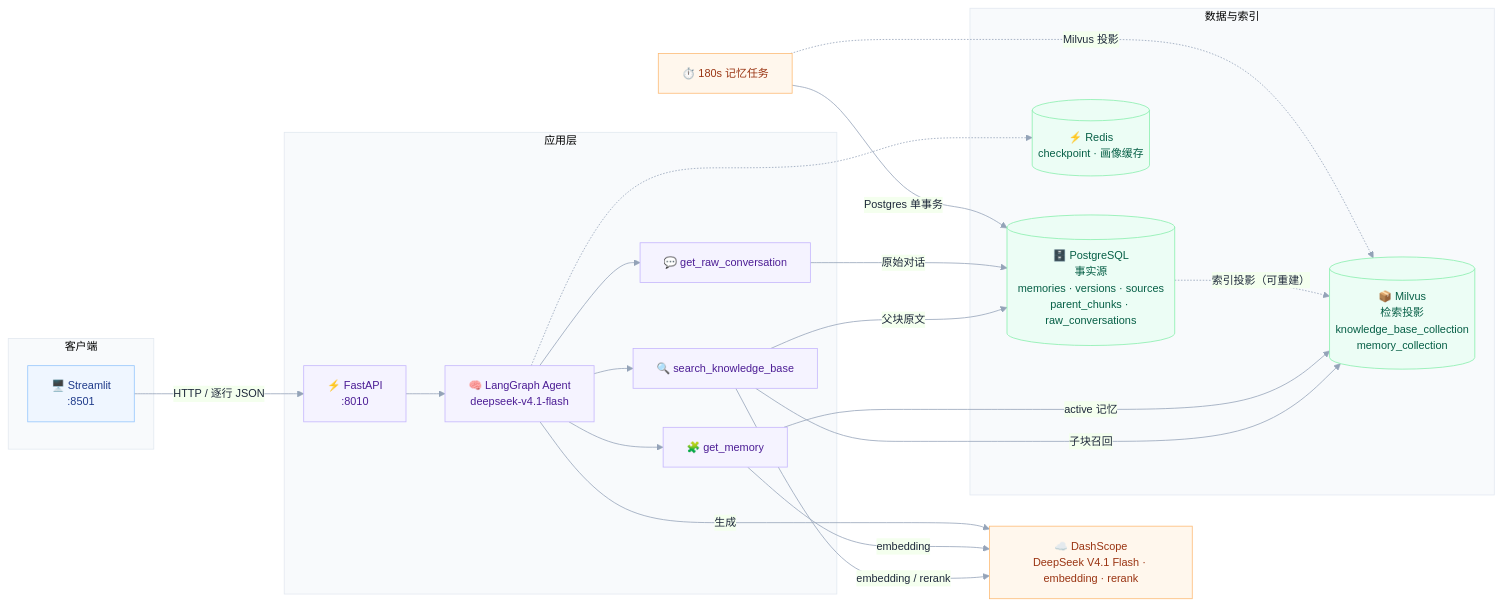
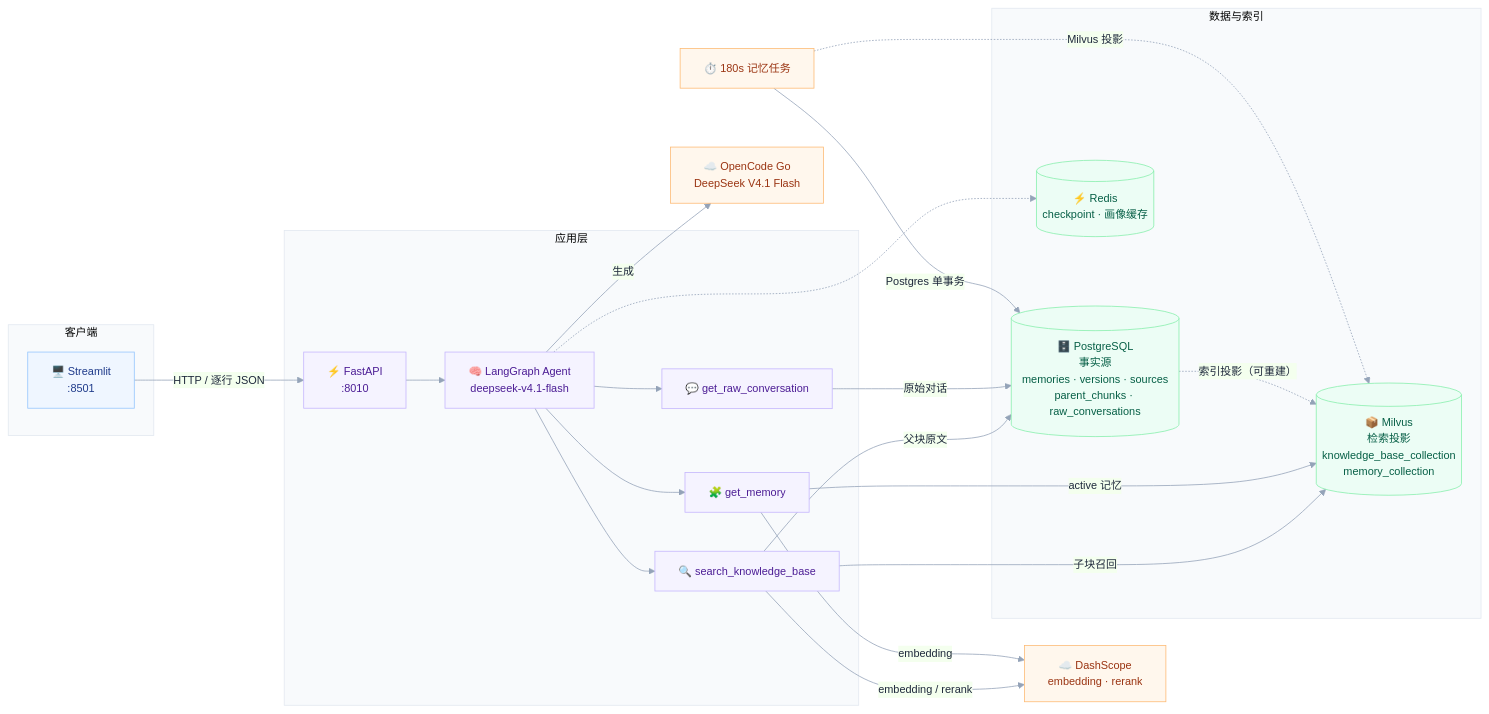
Before and after one commit to wh-violet667/Mnemo: the diagram in README.md, drawn with Mermaid. The commit also changed other lines of this file and 17 other files, not shown here.

````diff
--- a/README.md
+++ b/README.md
@@ -75,52 +77,53 @@
 ```mermaid
 %%{init: {"theme": "base", "themeVariables": {"fontFamily": "Inter, Segoe UI, sans-serif", "fontSize": "14px", "lineColor": "#94a3b8", "primaryColor": "#eef4ff", "primaryTextColor": "#1e293b", "primaryBorderColor": "#93c5fd", "clusterBkg": "#f8fafc", "clusterBorder": "#e2e8f0"}}}%%
 flowchart LR
     subgraph client["客户端"]
         UI["🖥️ Streamlit<br/>:8501"]
     end
 
     subgraph app["应用层"]
         API["⚡ FastAPI<br/>:8010"]
         AGENT["🧠 LangGraph Agent<br/>deepseek-v4.1-flash"]
         T1["🔍 search_knowledge_base"]
         T2["🧩 get_memory"]
         T3["💬 get_raw_conversation"]
     end
 
     subgraph data["数据与索引"]
         PG[("🗄️ PostgreSQL<br/>事实源<br/>memories · versions · sources<br/>parent_chunks · raw_conversations")]
         MV[("📦 Milvus<br/>检索投影<br/>knowledge_base_collection<br/>memory_collection")]
         RD[("⚡ Redis<br/>checkpoint · 画像缓存")]
     end
 
-    EXT["☁️ DashScope<br/>DeepSeek V4.1 Flash · embedding · rerank"]
+    LLM["☁️ OpenCode Go<br/>DeepSeek V4.1 Flash"]
+    EXT["☁️ DashScope<br/>embedding · rerank"]
     BG["⏱️ 180s 记忆任务"]
 
     UI -->|"HTTP / 逐行 JSON"| API
     API --> AGENT
     AGENT --> T1
     AGENT --> T2
     AGENT --> T3
 
     T1 -->|"子块召回"| MV
     T2 -->|"active 记忆"| MV
     T1 -->|"父块原文"| PG
     T3 -->|"原始对话"| PG
     PG -.->|"索引投影（可重建）"| MV
     AGENT -.-> RD
 
     T1 -->|"embedding / rerank"| EXT
     T2 -->|"embedding"| EXT
-    AGENT -->|"生成"| EXT
+    AGENT -->|"生成"| LLM
     BG -->|"Postgres 单事务"| PG
     BG -.->|"Milvus 投影"| MV
 
     classDef client fill:#eff6ff,stroke:#93c5fd,color:#1e3a8a
     classDef app fill:#f5f3ff,stroke:#c4b5fd,color:#4c1d95
     classDef data fill:#ecfdf5,stroke:#86efac,color:#065f46
     classDef ext fill:#fff7ed,stroke:#fdba74,color:#9a3412
     class UI client
     class API,AGENT,T1,T2,T3 app
     class PG,MV,RD data
-    class EXT,BG ext
+    class LLM,EXT,BG ext
 ```
````
